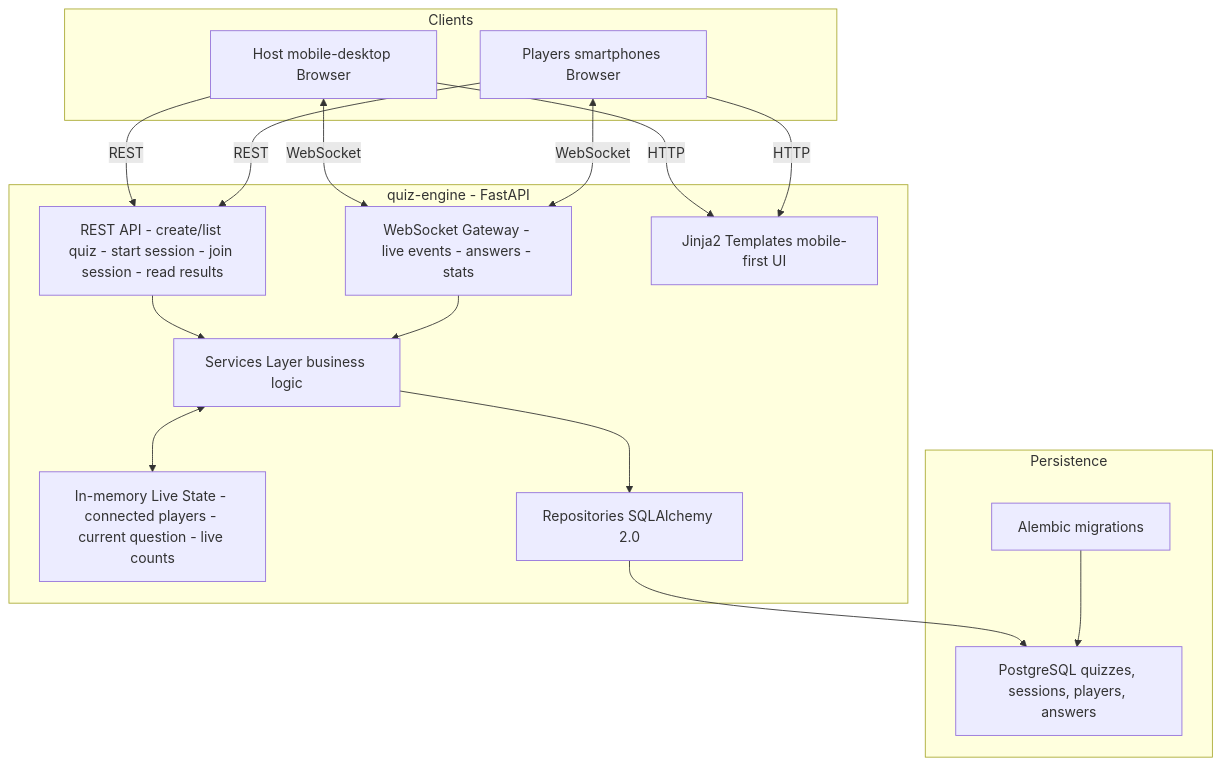
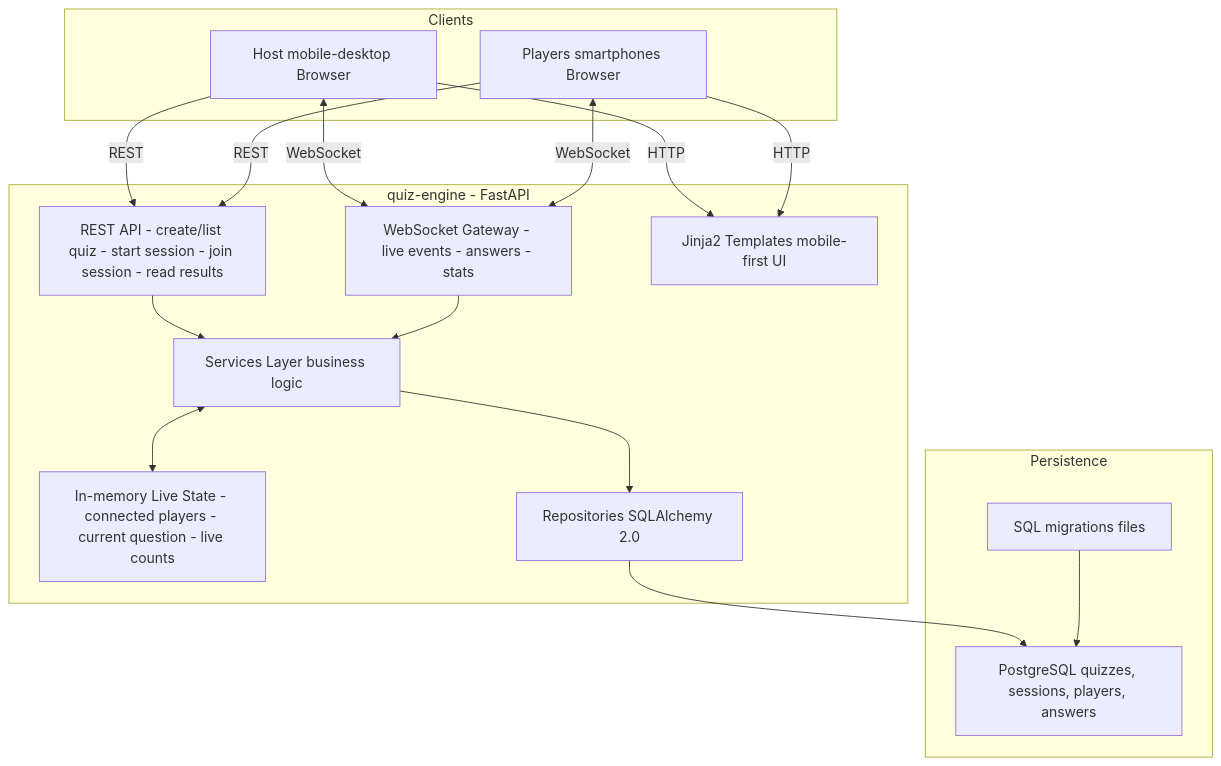
One commit to ChristianPRO1982/quiz-engine changed the diagram in README.md. Above: the diagram before and after it, drawn with Mermaid. The commit also changed other lines of this file and 7 other files, not shown here.

Commit message:
feat: new migrations. via SQL not .py alchemy

````diff
--- a/README.md
+++ b/README.md
@@ -24,40 +24,40 @@
 ```mermaid
 flowchart TB
 
   subgraph Clients[Clients]
     H[Host mobile-desktop Browser]
     P[Players smartphones Browser]
   end
 
   subgraph App[quiz-engine - FastAPI]
     REST[REST API - create/list quiz - start session - join session - read results]
     WS[WebSocket Gateway - live events - answers - stats]
     LIVE[In-memory Live State - connected players - current question - live counts]
     TPL[Jinja2 Templates mobile-first UI]
     SVC[Services Layer business logic]
     REPO[Repositories SQLAlchemy 2.0]
   end
 
   subgraph Data[Persistence]
     DB[PostgreSQL quizzes, sessions, players, answers]
-    MIG[Alembic migrations]
+    MIG[SQL migrations files]
   end
 
   H -->|HTTP| TPL
   P -->|HTTP| TPL
 
   H -->|REST| REST
   P -->|REST| REST
 
   H <-->|WebSocket| WS
   P <-->|WebSocket| WS
 
   REST --> SVC
   WS --> SVC
   SVC <--> LIVE
 
   SVC --> REPO
   REPO --> DB
   MIG --> DB
 
 ```
````
